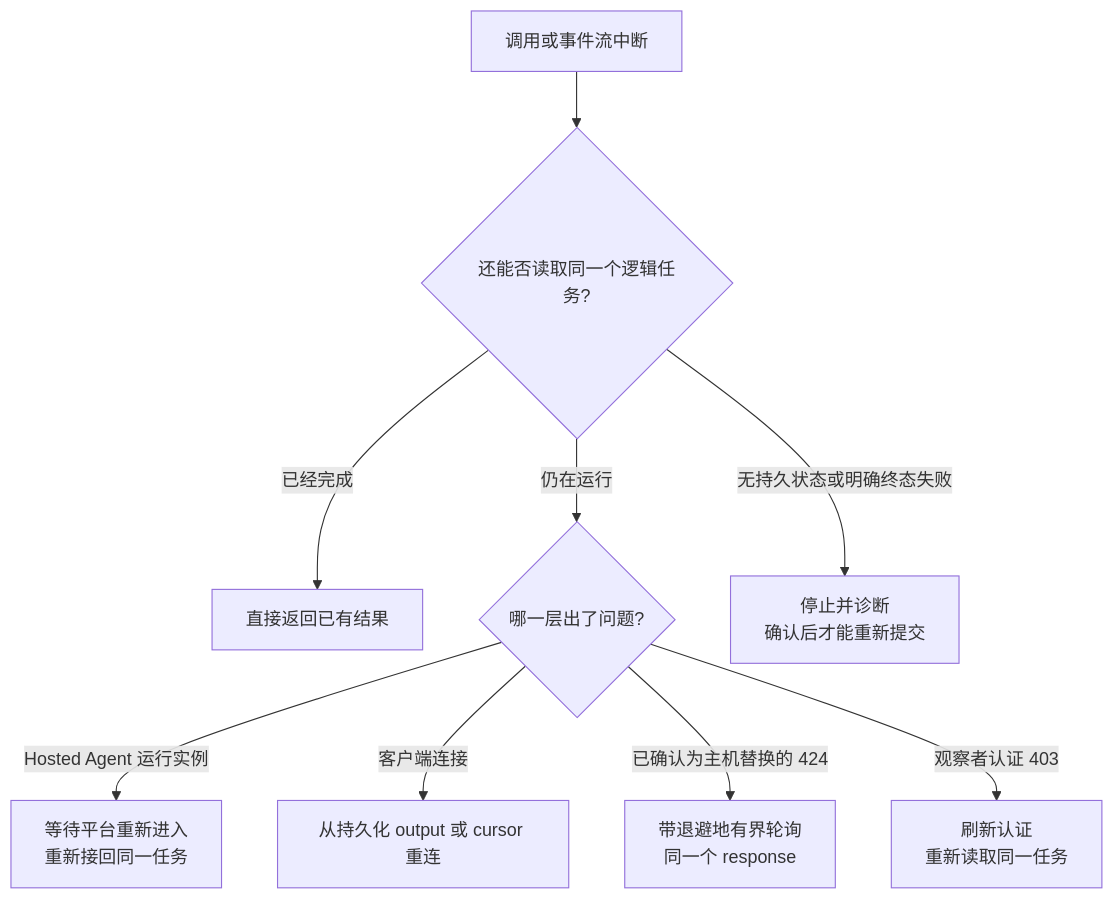
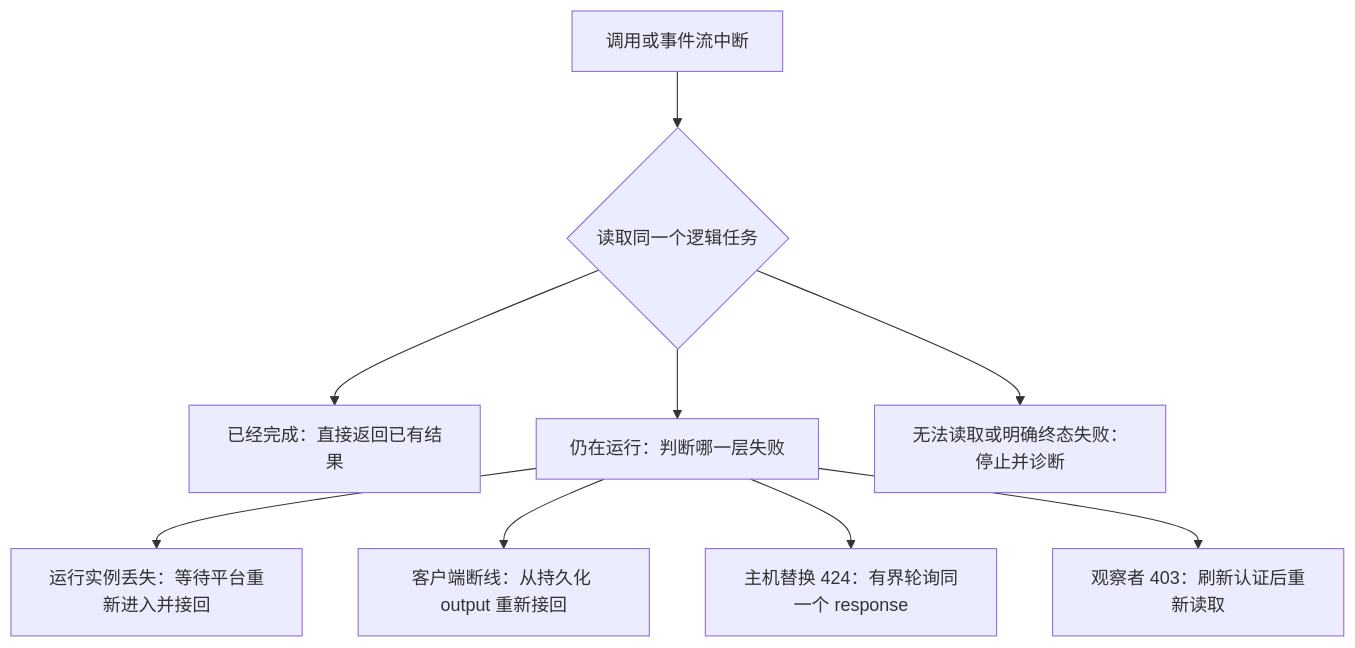
The diagram in Agents/Foundry-Long-Running-Agent-Resilience/README-CN.md (david-xinyuwei/david-share), drawn with Mermaid before and after one commit. The commit also changed 1 other file, not shown here.

Commit message:
docs: simplify recovery flow for GitHub rendering

````diff
--- a/Agents/Foundry-Long-Running-Agent-Resilience/README-CN.md
+++ b/Agents/Foundry-Long-Running-Agent-Resilience/README-CN.md
@@ -162,11 +162,11 @@
 ```mermaid
 flowchart TD
-	A["调用或事件流中断"] --> B{"还能否读取同一个逻辑任务?"}
-	B -->|"已经完成"| C["直接返回已有结果"]
-	B -->|"仍在运行"| D{"哪一层出了问题?"}
-	D -->|"Hosted Agent 运行实例"| E["等待平台重新进入<br/>重新接回同一任务"]
-	D -->|"客户端连接"| F["从持久化 output 或 cursor 重连"]
-	D -->|"已确认为主机替换的 424"| G["带退避地有界轮询<br/>同一个 response"]
-	D -->|"观察者认证 403"| H["刷新认证<br/>重新读取同一任务"]
-	B -->|"无持久状态或明确终态失败"| I["停止并诊断<br/>确认后才能重新提交"]
+	A["调用或事件流中断"] --> B{"读取同一个逻辑任务"}
+	B --> C["已经完成：直接返回已有结果"]
+	B --> D["仍在运行：判断哪一层失败"]
+	B --> I["无法读取或明确终态失败：停止并诊断"]
+	D --> E["运行实例丢失：等待平台重新进入并接回"]
+	D --> F["客户端断线：从持久化 output 重新接回"]
+	D --> G["主机替换 424：有界轮询同一个 response"]
+	D --> H["观察者 403：刷新认证后重新读取"]
 ```
````
